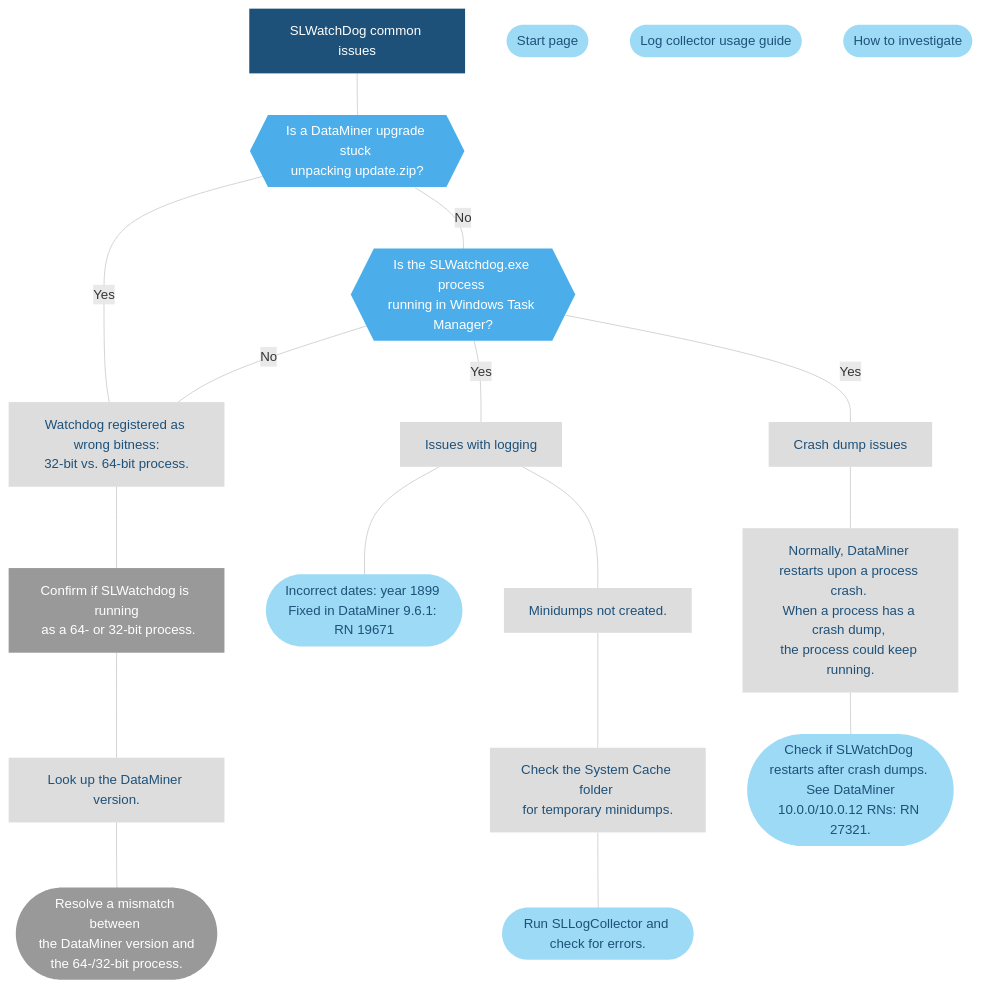
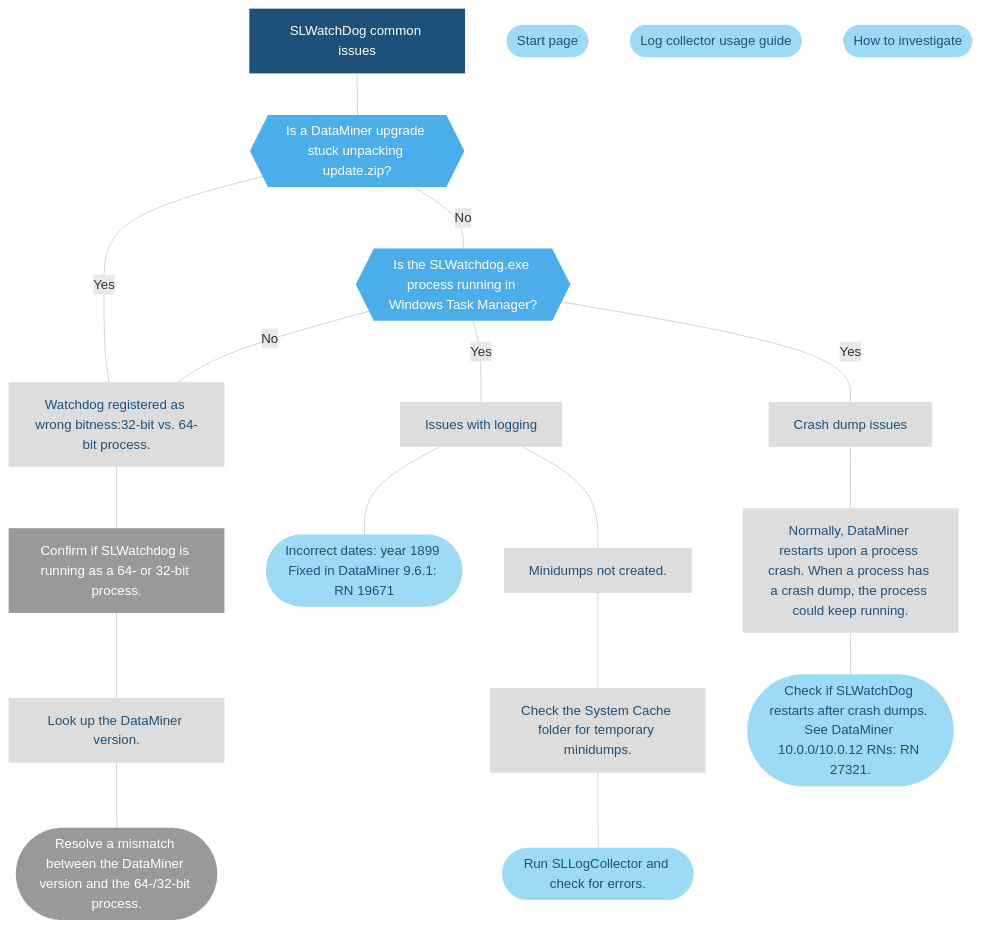
The second of 2 diagrams in user-guide/Troubleshooting/Troubleshooting_Flowcharts/Troubleshooting_Process_Identification/Logging_processes/Troubleshooting_SLWatchdog_exe.md (SkylineCommunications/dataminer-docs), drawn with Mermaid before and after one commit. The commit also changed other lines of this file and 21 other files, not shown here.

````diff
--- a/user-guide/Troubleshooting/Troubleshooting_Flowcharts/Troubleshooting_Process_Identification/Logging_processes/Troubleshooting_SLWatchdog_exe.md
+++ b/user-guide/Troubleshooting/Troubleshooting_Flowcharts/Troubleshooting_Process_Identification/Logging_processes/Troubleshooting_SLWatchdog_exe.md
@@ -117,60 +117,60 @@
 ```mermaid
 flowchart TD
 %% Define blocks %%
     CommonIssues[SLWatchDog common issues]
-    WatchdogStarted{{Is the SLWatchdog.exe process <br>running in Windows Task Manager?}}
-    UpgradeStuck{{Is a DataMiner upgrade stuck <br>unpacking update.zip?}}
-    CheckBitness[Watchdog registered as wrong bitness:<br/>32-bit vs. 64-bit process.]
-    InstructionsBitness[Confirm if SLWatchdog is running<br> as a 64- or 32-bit process. ]
+    WatchdogStarted{{Is the SLWatchdog.exe process running in Windows Task Manager?}}
+    UpgradeStuck{{Is a DataMiner upgrade stuck unpacking update.zip?}}
+    CheckBitness[Watchdog registered as wrong bitness:32-bit vs. 64-bit process.]
+    InstructionsBitness[Confirm if SLWatchdog is running as a 64- or 32-bit process. ]
     dmaVersion[Look up the DataMiner version.]
-    ResolveMismatch([Resolve a mismatch between <br/>the DataMiner version and<br/>the 64-/32-bit process. ])
+    ResolveMismatch([Resolve a mismatch between the DataMiner version and the 64-/32-bit process. ])
     LogIssues[Issues with logging]
-    WrongDates([Incorrect dates: year 1899 <br>Fixed in DataMiner 9.6.1: RN 19671])
+    WrongDates([Incorrect dates: year 1899 Fixed in DataMiner 9.6.1: RN 19671])
     FailedMinidumps[Minidumps not created.]
-    CheckSystemCache[Check the System Cache folder <br>for temporary minidumps.]
+    CheckSystemCache[Check the System Cache folder for temporary minidumps.]
     RunLogCollector([Run SLLogCollector and check for errors.])
      CrashdumpIssues[Crash dump issues]
-     CrashRestart[Normally, DataMiner restarts upon a process crash. <br>When a process has a crash dump, <br>the process could keep running.]
-     VerifyRestart([Check if SLWatchDog restarts after crash dumps. <br> See DataMiner 10.0.0/10.0.12 RNs: RN 27321.])
+     CrashRestart[Normally, DataMiner restarts upon a process crash. When a process has a crash dump, the process could keep running.]
+     VerifyRestart([Check if SLWatchDog restarts after crash dumps. See DataMiner 10.0.0/10.0.12 RNs: RN 27321.])
 %% Connect blocks %%
     Home([Start page])
     SLLogCollector([Log collector usage guide])
     Investigation([How to investigate])
     CommonIssues--- UpgradeStuck
     UpgradeStuck --- |Yes| CheckBitness
     UpgradeStuck --- |No| WatchdogStarted
     WatchdogStarted --- |Yes| LogIssues
      WatchdogStarted --- |Yes| CrashdumpIssues
     WatchdogStarted --- |No| CheckBitness
     CheckBitness--- InstructionsBitness
     InstructionsBitness---dmaVersion
     dmaVersion---ResolveMismatch
     LogIssues---WrongDates
     LogIssues---FailedMinidumps
     FailedMinidumps---CheckSystemCache
     CheckSystemCache---RunLogCollector
     CrashdumpIssues---CrashRestart
     CrashRestart--- VerifyRestart
 %% Define hyperlinks %%
 click Investigation "/user-guide/Troubleshooting/Troubleshooting_Flowcharts/Troubleshooting_Where_to_Start.html"
 click InstructionsBitness "#is-watchdog-running-as-a-64-bit-process" "Determine if Watchdog is registered as 32-bit or 64 bit process. "
 click ResolveMismatch "#how-do-you-resolve-a-bitness-mismatch-between-the-dataminer-version-and-slwatchdogexe" "Resolve mismatch between DMA and SLWatchdog bitness"
 click RunLogCollector "/user-guide/Reference/DataMiner_Tools/SLLogCollector.html" "How to use the log collector tool."
 click Home "/user-guide/Troubleshooting/Troubleshooting_Flowcharts/Finding_a_Root_Cause.html" "Go to Root Cause Identification flow"
 click SLLogCollector "/user-guide/Reference/DataMiner_Tools/SLLogCollector.html" "How to use the log collector tool."
 click VerifyRestart "https://docs.dataminer.services/release-notes/General/General_Main_Release_10.0/General_Main_Release_10.0.0_CU7.html#dataminer-restart-not-triggered-after-process-generated-crashdump-id-27321" "Release Note 27321"
 %% Define styles %%
 linkStyle default stroke:#cccccc
 classDef classTerminal fill:#1e5179,stroke:#1e5179,color:#ffffff,stroke-width:0px;
 classDef classDecision fill:#4baeea,stroke:#4baeea,color:#ffffff,stroke-width:0px;
 classDef classExternalRef fill:#9ddaf5,stroke:#9ddaf5,color:#1E5179,stroke-width:0px;
 classDef classActionClickable fill:#999999,stroke:#999999,color:#ffffff,stroke-width:0px;
 classDef classAction fill:#dddddd,stroke:#dddddd,color:#1E5179,stroke-width:0px;
 classDef classSolution fill:#58595b,stroke:#58595b,color:#ffffff,stroke-width:0px;
 %% Apply styles to blocks %%
 class CommonIssues classTerminal;
 class UpgradeStuck,WatchdogStarted classDecision;
 class CrashRestart,CrashdumpIssues,CheckBitness,dmaVersion,LogIssues,FailedMinidumps,CheckSystemCache classAction;
 class InstructionsBitness,ResolveMismatch classActionClickable;
 class WrongDates,VerifyRestart,Home,SLLogCollector,Investigation,RunLogCollector classExternalRef;
 ```
````
